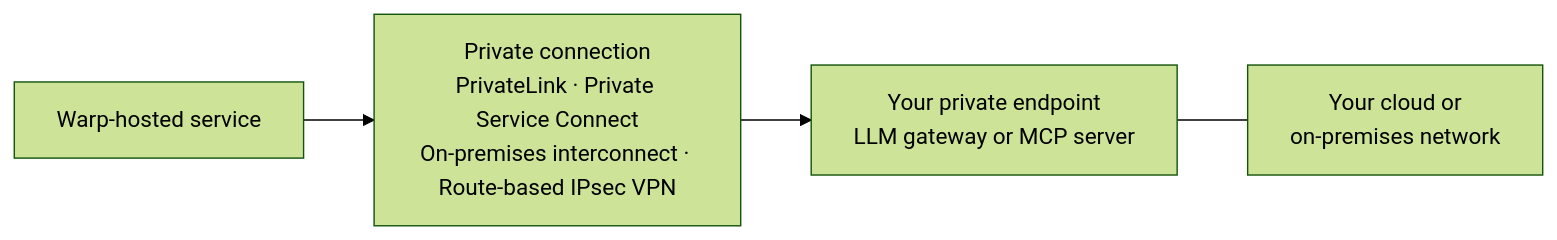
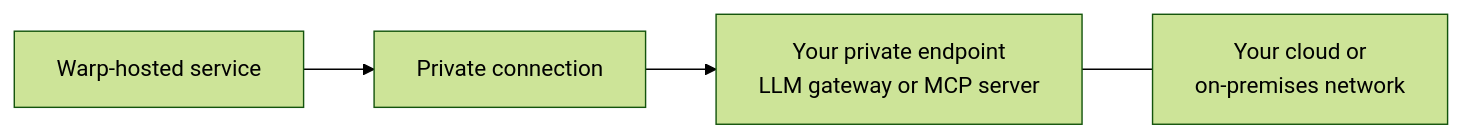
The diagram in src/content/docs/enterprise/enterprise-features/private-networking.mdx (warpdotdev/docs), drawn with Mermaid (forest theme) before and after one commit. The commit also changed other lines of this file and 1 other file, not shown here.

````diff
--- a/src/content/docs/enterprise/enterprise-features/private-networking.mdx
+++ b/src/content/docs/enterprise/enterprise-features/private-networking.mdx
@@ -27,10 +29,10 @@
 ```mermaid
 flowchart LR
   W["Warp-hosted service"]
-  C["Private connection<br/>PrivateLink · Private Service Connect<br/>On-premises interconnect · Route-based IPsec VPN"]
+  C["Private connection"]
   E["Your private endpoint<br/>LLM gateway or MCP server"]
   N["Your cloud or<br/>on-premises network"]
 
   W --> C --> E
   E --- N
 ```
````
